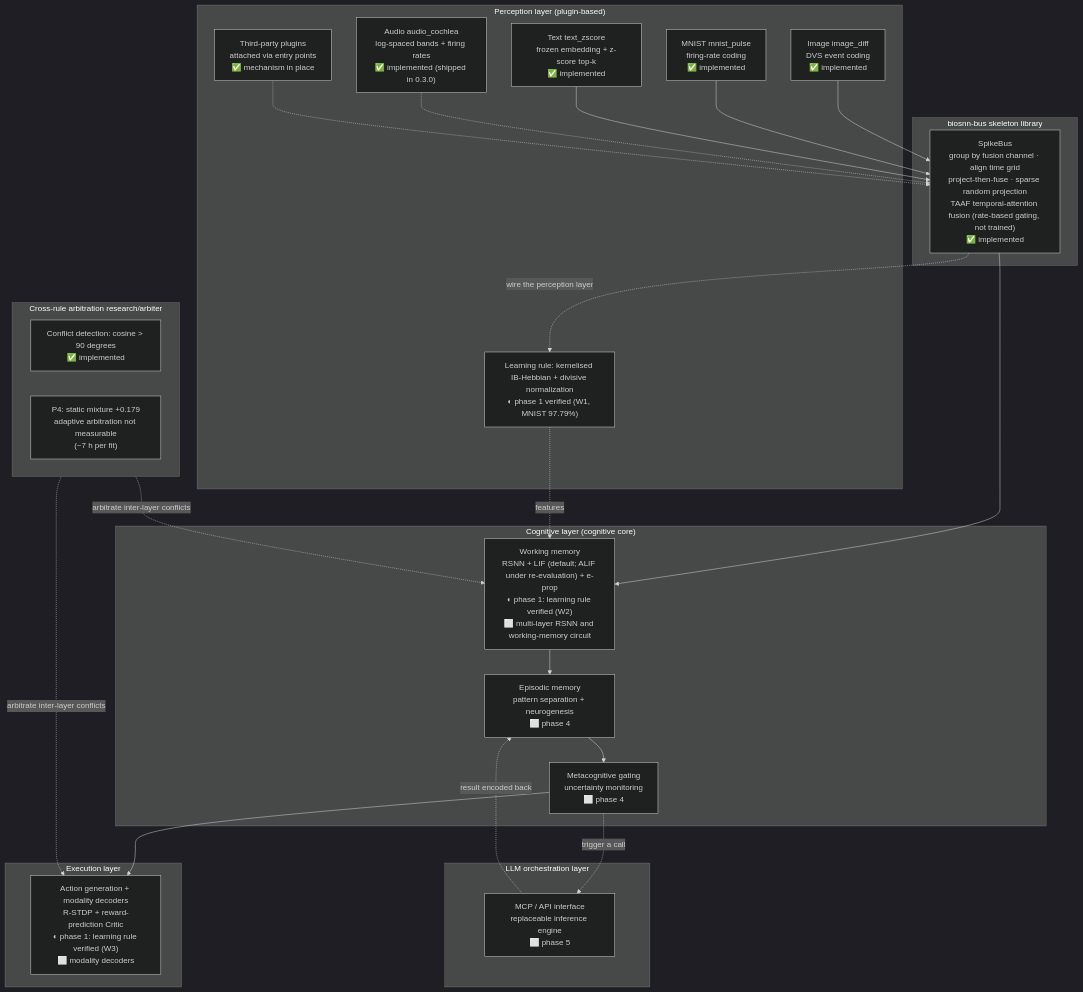
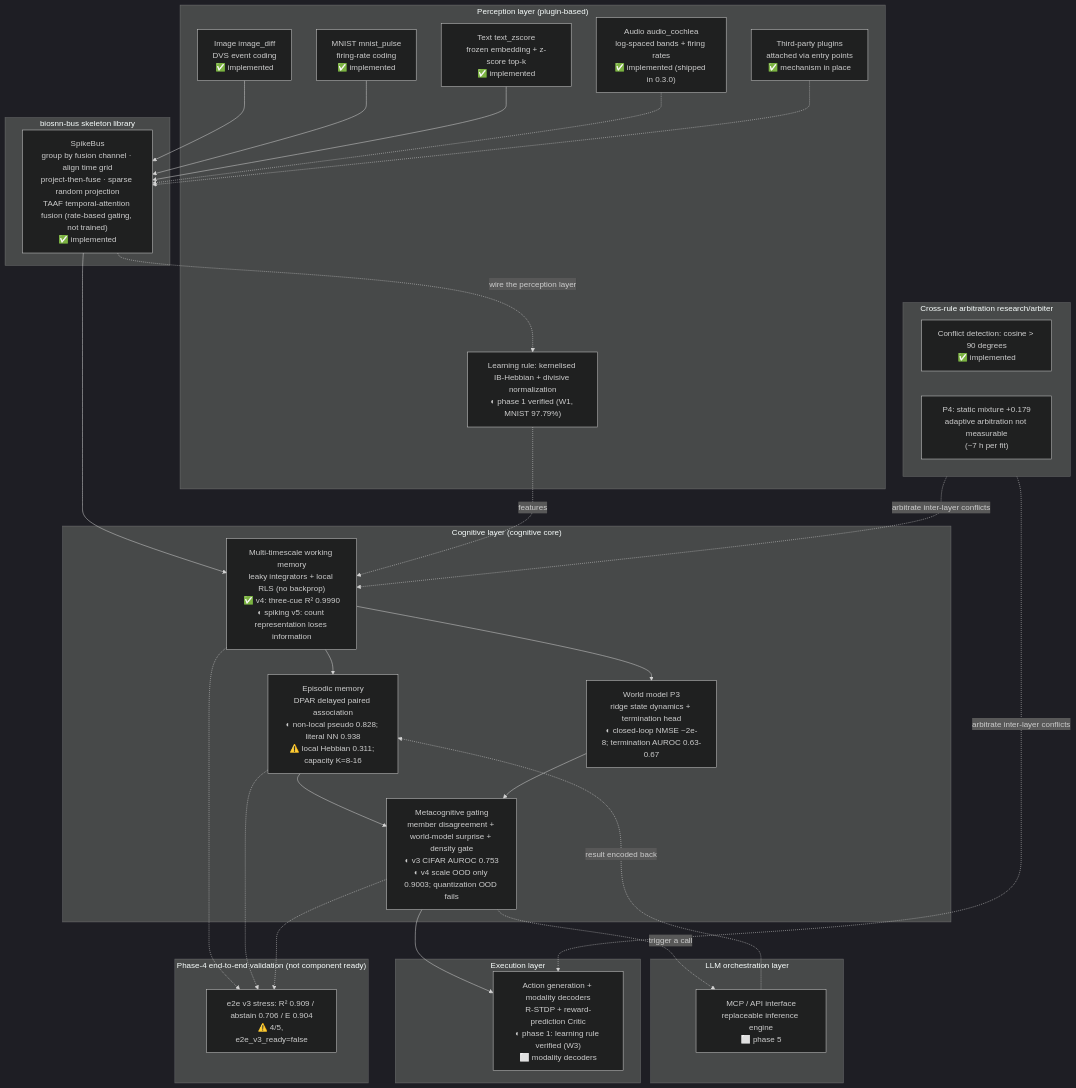
The diagram in README.en.md (lzmd-arch/BioSNN-Plug), drawn with Mermaid (dark theme) before and after one commit. The commit also changed other lines of this file and 5 other files, not shown here.

Commit message:
README 与架构图同步阶段三/四最新进展

````diff
--- a/README.en.md
+++ b/README.en.md
@@ -145,50 +148,60 @@
 ```mermaid
 flowchart TB
     subgraph L5["LLM orchestration layer"]
         MCP["MCP / API interface<br/>replaceable inference engine<br/>⬜ phase 5"]
     end
 
     subgraph L4["Execution layer"]
         ACT["Action generation + modality decoders<br/>R-STDP + reward-prediction Critic<br/>◐ phase 1: learning rule verified (W3)<br/>⬜ modality decoders"]
     end
 
     subgraph L3["Cognitive layer (cognitive core)"]
-        WM["Working memory<br/>RSNN + LIF (default; ALIF under re-evaluation) + e-prop<br/>◐ phase 1: learning rule verified (W2)<br/>⬜ multi-layer RSNN and working-memory circuit"]
-        EM["Episodic memory<br/>pattern separation + neurogenesis<br/>⬜ phase 4"]
-        MG["Metacognitive gating<br/>uncertainty monitoring<br/>⬜ phase 4"]
+        WM["Multi-timescale working memory<br/>leaky integrators + local RLS (no backprop)<br/>✅ v4: three-cue R² 0.9990<br/>◐ spiking v5: count representation loses information"]
+        EM["Episodic memory<br/>DPAR delayed paired association<br/>◐ non-local pseudo 0.828; literal NN 0.938<br/>⚠️ local Hebbian 0.311; capacity K=8-16"]
+        MG["Metacognitive gating<br/>member disagreement + world-model surprise + density gate<br/>◐ v3 CIFAR AUROC 0.753<br/>◐ v4 scale OOD only 0.9003; quantization OOD fails"]
+        WMODEL["World model P3<br/>ridge state dynamics + termination head<br/>◐ closed-loop NMSE ~2e-8; termination AUROC 0.63-0.67"]
     end
 
     subgraph ARB["Cross-rule arbitration research/arbiter"]
         CF["Conflict detection: cosine > 90 degrees<br/>✅ implemented"]
         ES["P4: static mixture +0.179<br/>adaptive arbitration not measurable<br/>(~7 h per fit)"]
     end
 
     subgraph L2["biosnn-bus skeleton library"]
         BUS["SpikeBus<br/>group by fusion channel · align time grid<br/>project-then-fuse · sparse random projection<br/>TAAF temporal-attention fusion (rate-based gating, not trained)<br/>✅ implemented"]
     end
 
     subgraph L1["Perception layer (plugin-based)"]
         IMG["Image image_diff<br/>DVS event coding<br/>✅ implemented"]
         MN["MNIST mnist_pulse<br/>firing-rate coding<br/>✅ implemented"]
         TXT["Text text_zscore<br/>frozen embedding + z-score top-k<br/>✅ implemented"]
         AUD["Audio audio_cochlea<br/>log-spaced bands + firing rates<br/>✅ implemented (shipped in 0.3.0)"]
         THIRD["Third-party plugins<br/>attached via entry points<br/>✅ mechanism in place"]
         HEB["Learning rule: kernelised IB-Hebbian + divisive normalization<br/>◐ phase 1 verified (W1, MNIST 97.79%)"]
     end
 
     IMG --> BUS
     MN --> BUS
     TXT --> BUS
     AUD -.-> BUS
     THIRD -.-> BUS
     BUS --> WM
     BUS -.->|wire the perception layer| HEB
     HEB -.->|features| WM
     WM --> EM
+    WM --> WMODEL
     EM --> MG
+    WMODEL --> MG
     MG --> ACT
     MG -.->|trigger a call| MCP
     MCP -.->|result encoded back| EM
     ARB -.->|arbitrate inter-layer conflicts| WM
     ARB -.->|arbitrate inter-layer conflicts| ACT
+
+    subgraph S4["Phase-4 end-to-end validation (not component ready)"]
+        E2E["e2e v3 stress: R² 0.909 / abstain 0.706 / E 0.904<br/>⚠️ 4/5, e2e_v3_ready=false"]
+    end
+    WM -.-> E2E
+    EM -.-> E2E
+    MG -.-> E2E
 ```
````
